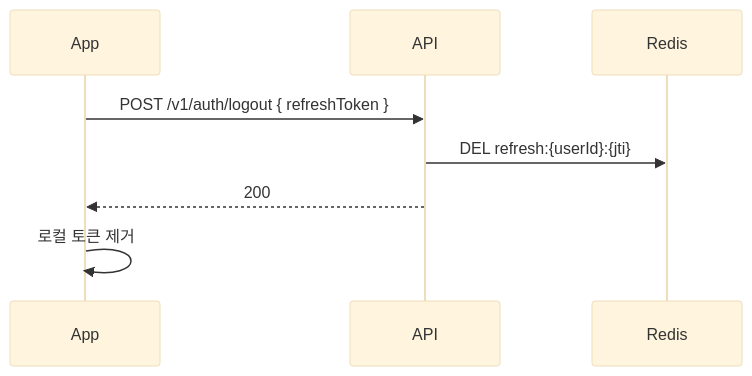
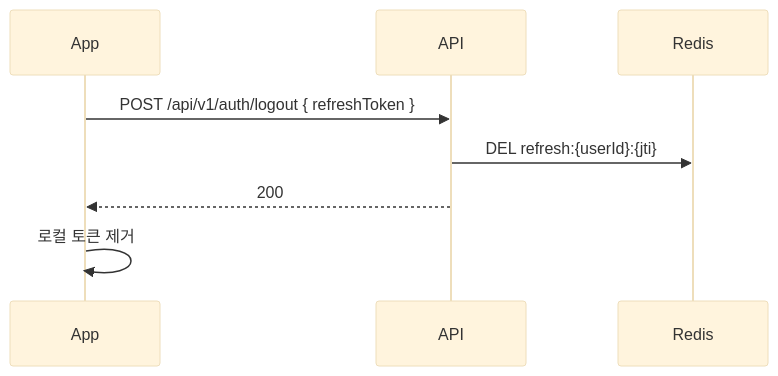
One commit to theo-ooooo/crimp changed the third of 3 diagrams in docs/설계/sequence/auth.md. Above: the diagram before and after it, drawn with Mermaid (base theme). The commit also changed other lines of this file and 5 other files, not shown here.

````diff
--- a/docs/설계/sequence/auth.md
+++ b/docs/설계/sequence/auth.md
@@ -68,11 +68,11 @@
 ```mermaid
 sequenceDiagram
     participant App
     participant API
     participant Redis
 
-    App->>API: POST /v1/auth/logout { refreshToken }
+    App->>API: POST /api/v1/auth/logout { refreshToken }
     API->>Redis: DEL refresh:{userId}:{jti}
     API-->>App: 200
     App->>App: 로컬 토큰 제거
 ```
````
